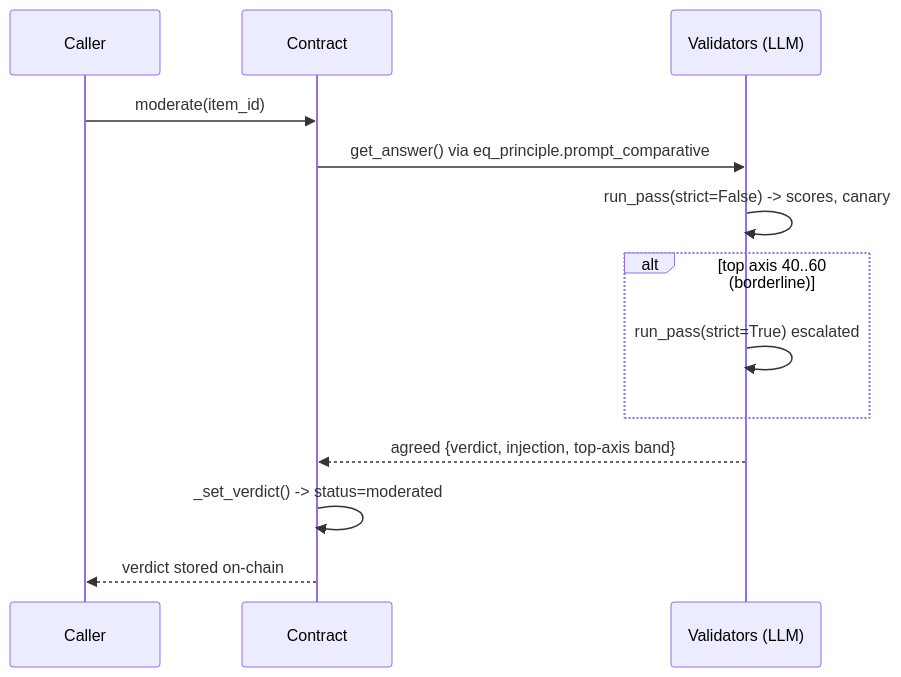
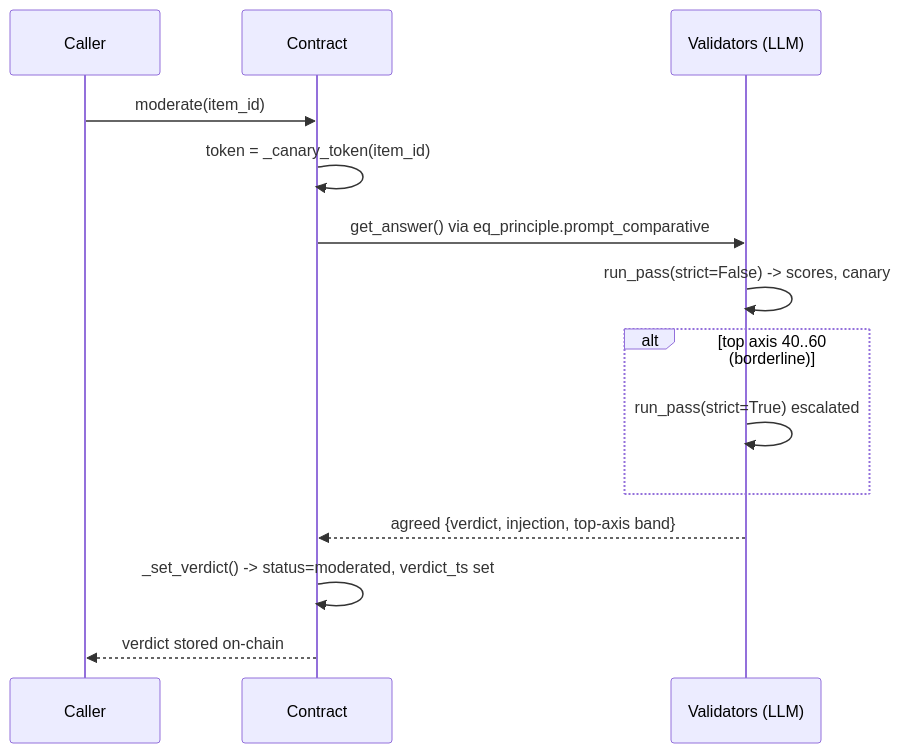
The second of 2 diagrams in ARCHITECTURE.md (Artem1981777/genlayer-content-moderator), drawn with Mermaid before and after one commit. The commit also changed other lines of this file and 36 other files, not shown here.

Commit message:
v1.2.0 economic hardening: repoint dApp+README to 0x62A9196d; add hardening section + CHANGELOG v1.2.0 with live proofs; include registry.py/ARCHITECTURE/SECURITY patches + demo/guard evidence

````diff
--- a/ARCHITECTURE.md
+++ b/ARCHITECTURE.md
@@ -56,15 +66,16 @@
 ```mermaid
 sequenceDiagram
     participant U as Caller
     participant C as Contract
     participant V as Validators (LLM)
     U->>C: moderate(item_id)
+    C->>C: token = _canary_token(item_id)
     C->>V: get_answer() via eq_principle.prompt_comparative
     V->>V: run_pass(strict=False) -> scores, canary
     alt top axis 40..60 (borderline)
         V->>V: run_pass(strict=True) escalated
     end
     V-->>C: agreed {verdict, injection, top-axis band}
-    C->>C: _set_verdict() -> status=moderated
+    C->>C: _set_verdict() -> status=moderated, verdict_ts set
     C-->>U: verdict stored on-chain
 ```
````
